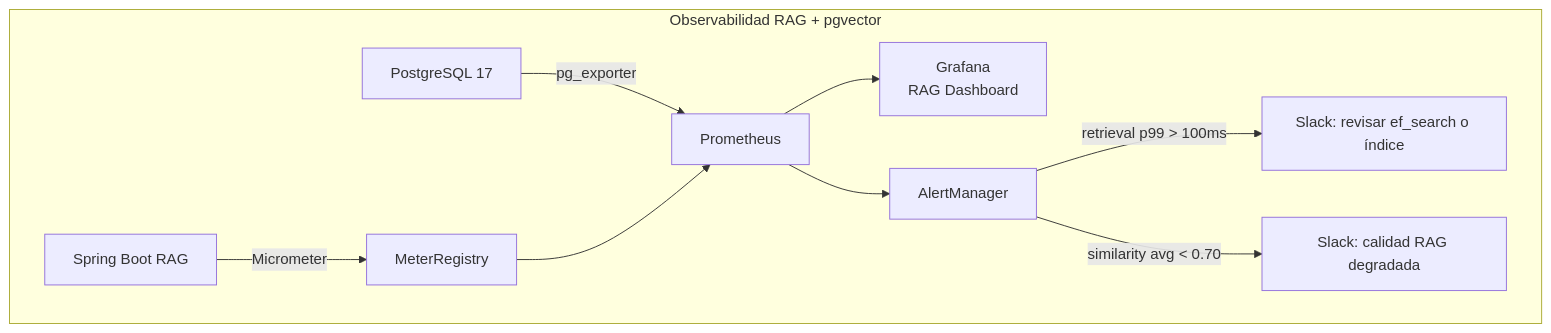
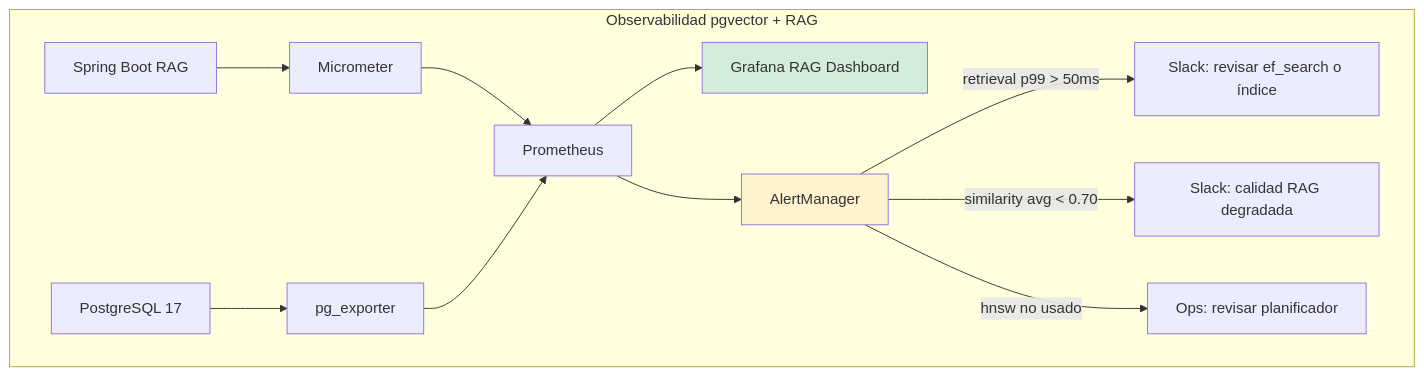
One commit to Joaquinriosheredia/DAM-Java-Mastery changed the fourth of 5 diagrams in 04_Bases_de_Datos/vector_search_con_pgvector_y_postgresql_17_para_aplicaciones_ia_STAFF.md. Above: the diagram before and after it, drawn with Mermaid. The commit also changed other lines of this file, not shown here.

Commit message:
vector_search_con_pgvector_y_postgresql_17_para_aplicaciones_ia_STAFF.md

````diff
--- a/04_Bases_de_Datos/vector_search_con_pgvector_y_postgresql_17_para_aplicaciones_ia_STAFF.md
+++ b/04_Bases_de_Datos/vector_search_con_pgvector_y_postgresql_17_para_aplicaciones_ia_STAFF.md
@@ -547,12 +473,18 @@
 ```mermaid
 graph TD
-    subgraph "Observabilidad RAG + pgvector"
-        APP2[Spring Boot RAG] -->|Micrometer| MIC[MeterRegistry]
-        PG3[PostgreSQL 17] -->|pg_exporter| PROM[Prometheus]
-        MIC --> PROM
-        PROM --> GRAF[Grafana\nRAG Dashboard]
+    subgraph "Observabilidad pgvector + RAG"
+        APP[Spring Boot RAG] --> MIC[Micrometer]
+        PG[PostgreSQL 17] --> PGE[pg_exporter]
+        MIC --> PROM[Prometheus]
+        PGE --> PROM
+        PROM --> GRAF[Grafana RAG Dashboard]
         PROM --> AM[AlertManager]
-        AM -->|retrieval p99 > 100ms| SLACK[Slack: revisar ef_search o índice]
+        
+        AM -->|retrieval p99 > 50ms| SLACK[Slack: revisar ef_search o índice]
         AM -->|similarity avg < 0.70| WARN[Slack: calidad RAG degradada]
+        AM -->|hnsw no usado| OPS[Ops: revisar planificador]
     end
+    
+    style GRAF fill:#d4edda
+    style AM fill:#fff3cd
 ```
````
